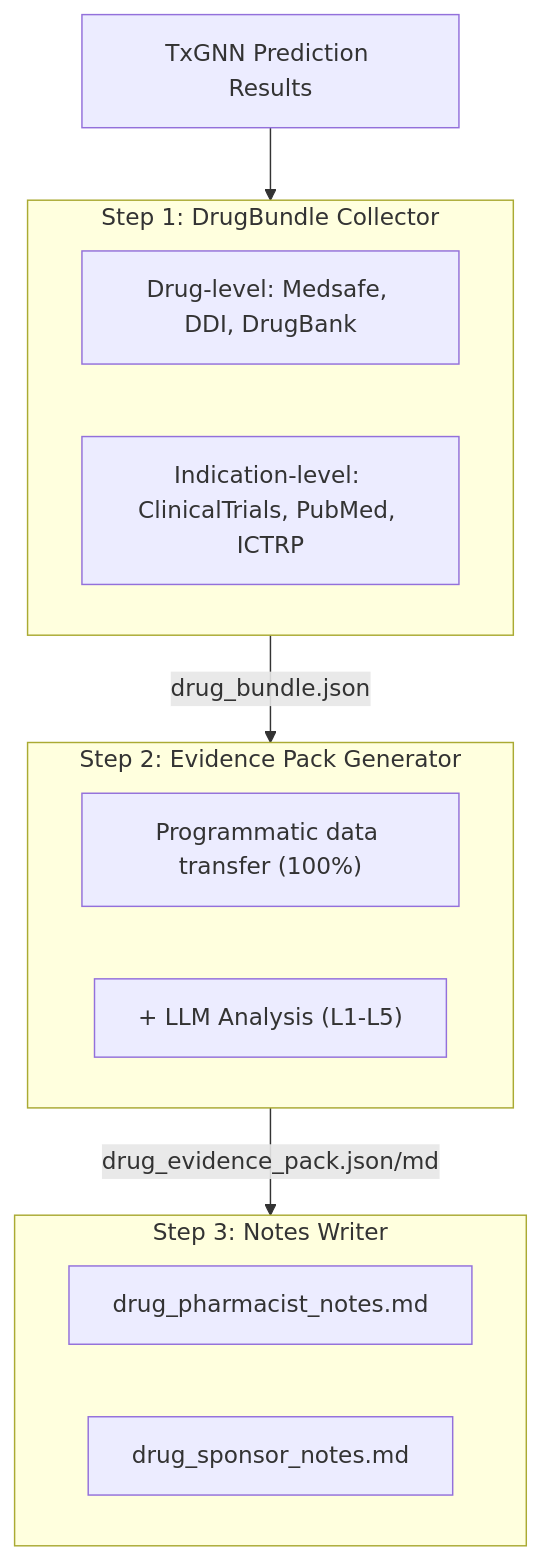
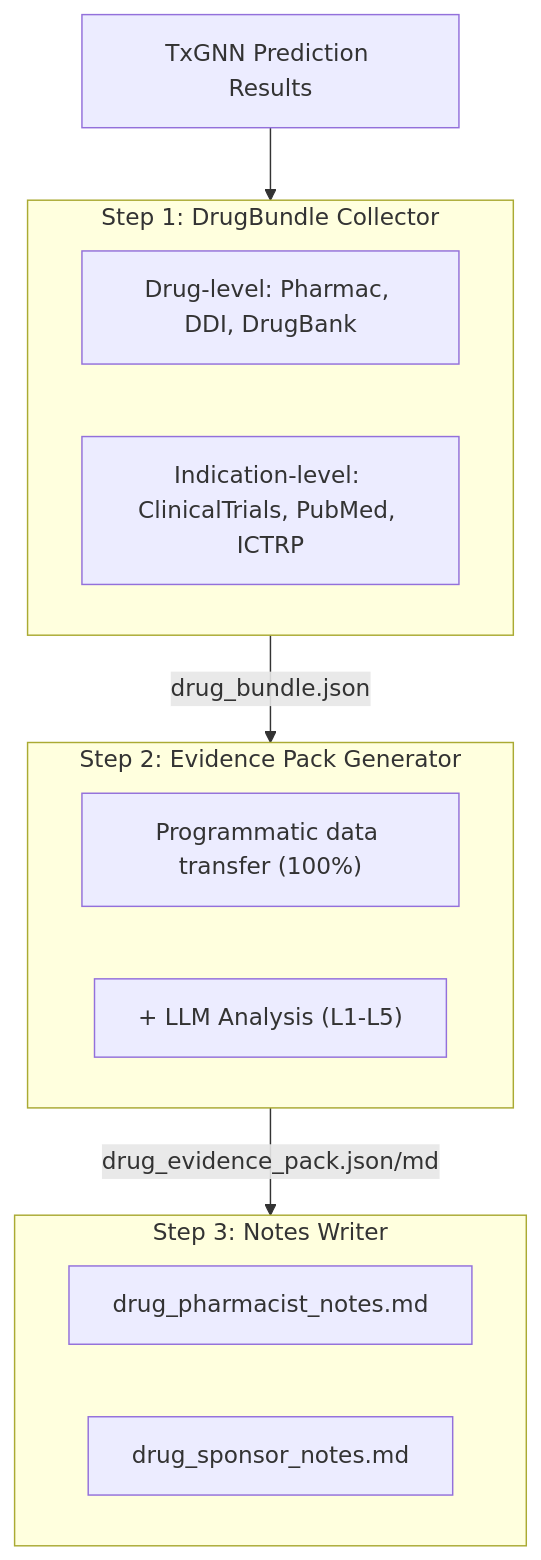
One commit to yao-care/NZTxGNN changed the first of 2 diagrams in README.md. Above: the diagram before and after it, drawn with Mermaid. The commit also changed other lines of this file and 3 other files, not shown here.

First line of the commit message:
其餘資料來源描述改寫實際資料集：Medsafe → Pharmac 給付清單

````diff
--- a/README.md
+++ b/README.md
@@ -130,18 +130,18 @@
 ```mermaid
 flowchart TD
     A["TxGNN Prediction Results"] --> B
     subgraph B["Step 1: DrugBundle Collector"]
-        B1["Drug-level: Medsafe, DDI, DrugBank"]
+        B1["Drug-level: Pharmac, DDI, DrugBank"]
         B2["Indication-level: ClinicalTrials, PubMed, ICTRP"]
     end
     B --> |"drug_bundle.json"| C
     subgraph C["Step 2: Evidence Pack Generator"]
         C1["Programmatic data transfer (100%)"]
         C2["+ LLM Analysis (L1-L5)"]
     end
     C --> |"drug_evidence_pack.json/md"| D
     subgraph D["Step 3: Notes Writer"]
         D1["drug_pharmacist_notes.md"]
         D2["drug_sponsor_notes.md"]
     end
 ```
````
